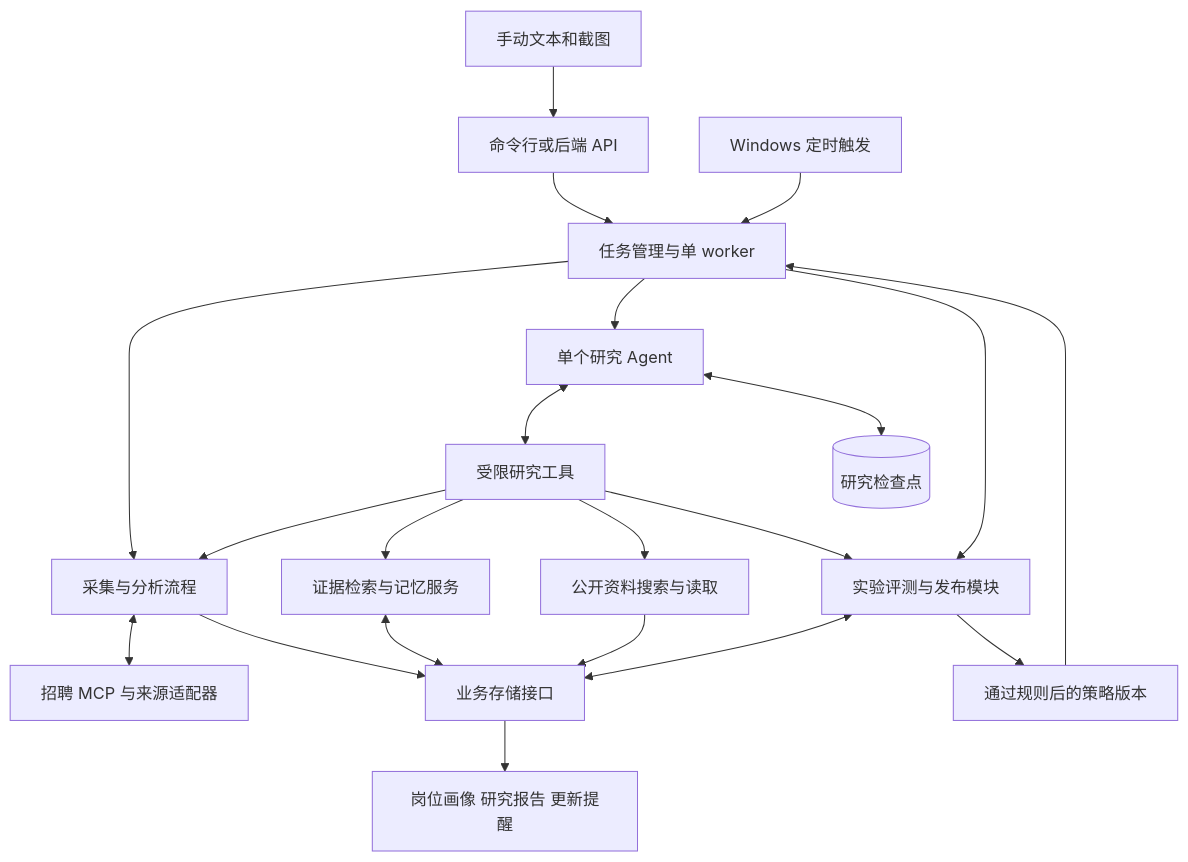
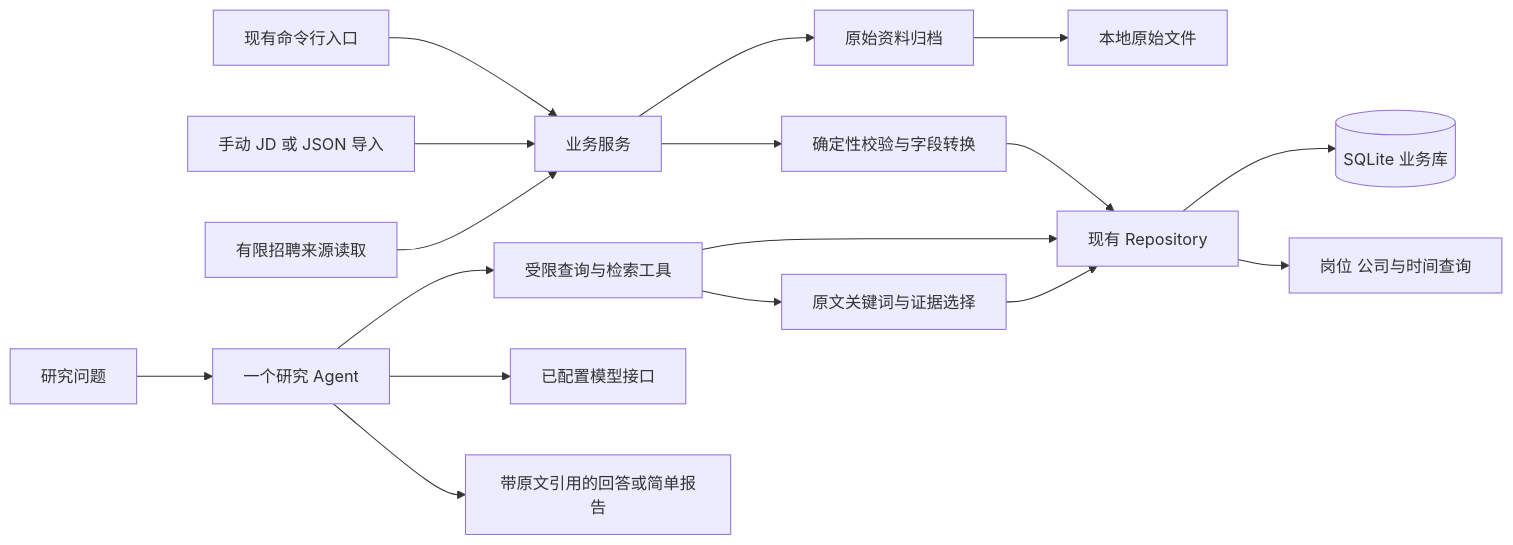
One commit to zqfd9981/work-observer changed the diagram in docs/架构与模块设计.md. Above: the diagram before and after it, drawn with Mermaid. The commit also changed other lines of this file and 114 other files, not shown here.

````diff
--- a/docs/架构与模块设计.md
+++ b/docs/架构与模块设计.md
@@ -13,27 +64,20 @@
 ```mermaid
-flowchart TB
-    Entry[命令行或后端 API] --> Tasks[任务管理与单 worker]
-    Schedule[Windows 定时触发] --> Tasks
-    Manual[手动文本和截图] --> Entry
+flowchart LR
+    Entry[现有命令行入口] --> Business[业务服务]
+    Manual[手动 JD 或 JSON 导入] --> Business
+    Source[有限招聘来源读取] --> Business
+    Business --> Archive[原始资料归档]
+    Business --> Normalize[确定性校验与字段转换]
+    Normalize --> Repository[现有 Repository]
+    Repository --> DB[(SQLite 业务库)]
+    Archive --> Files[本地原始文件]
+    Repository --> Results[岗位 公司与时间查询]
 
-    Tasks --> Pipeline[采集与分析流程]
-    Tasks --> Agent[单个研究 Agent]
-    Tasks --> Improve[实验评测与发布模块]
-
-    Pipeline <--> Sources[招聘 MCP 与来源适配器]
-    Agent <--> Tools[受限研究工具]
-    Tools --> Pipeline
-    Tools --> Evidence[证据检索与记忆服务]
-    Tools --> Public[公开资料搜索与读取]
-    Tools --> Improve
-
-    Pipeline --> Storage[业务存储接口]
-    Evidence <--> Storage
-    Improve <--> Storage
-    Public --> Storage
-    Storage --> Outputs[岗位画像 研究报告 更新提醒]
-
-    Agent <--> Checkpoints[(研究检查点)]
-    Improve --> Versions[通过规则后的策略版本]
-    Versions --> Tasks
+    Question[研究问题] --> Agent[一个研究 Agent]
+    Agent --> Tools[受限查询与检索工具]
+    Tools --> Repository
+    Tools --> Evidence[原文关键词与证据选择]
+    Evidence --> Repository
+    Agent --> Model[已配置模型接口]
+    Agent --> Answer[带原文引用的回答或简单报告]
 ```
````
